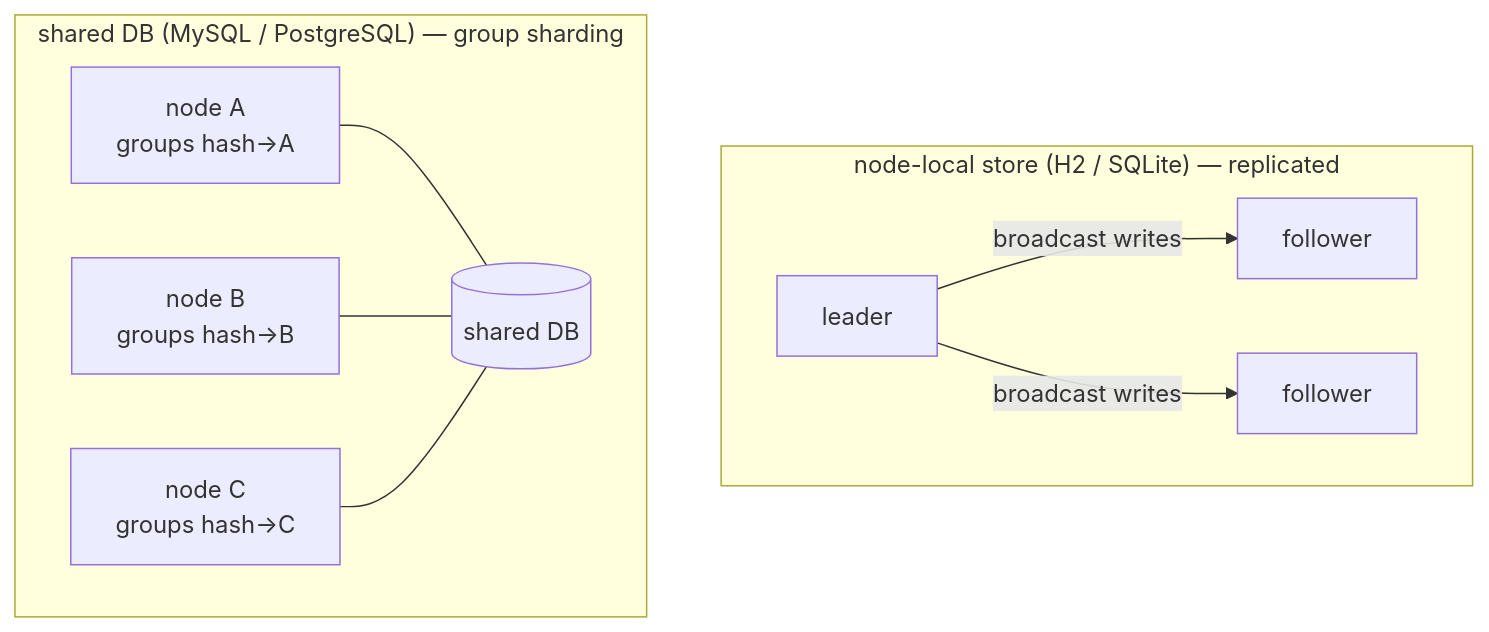
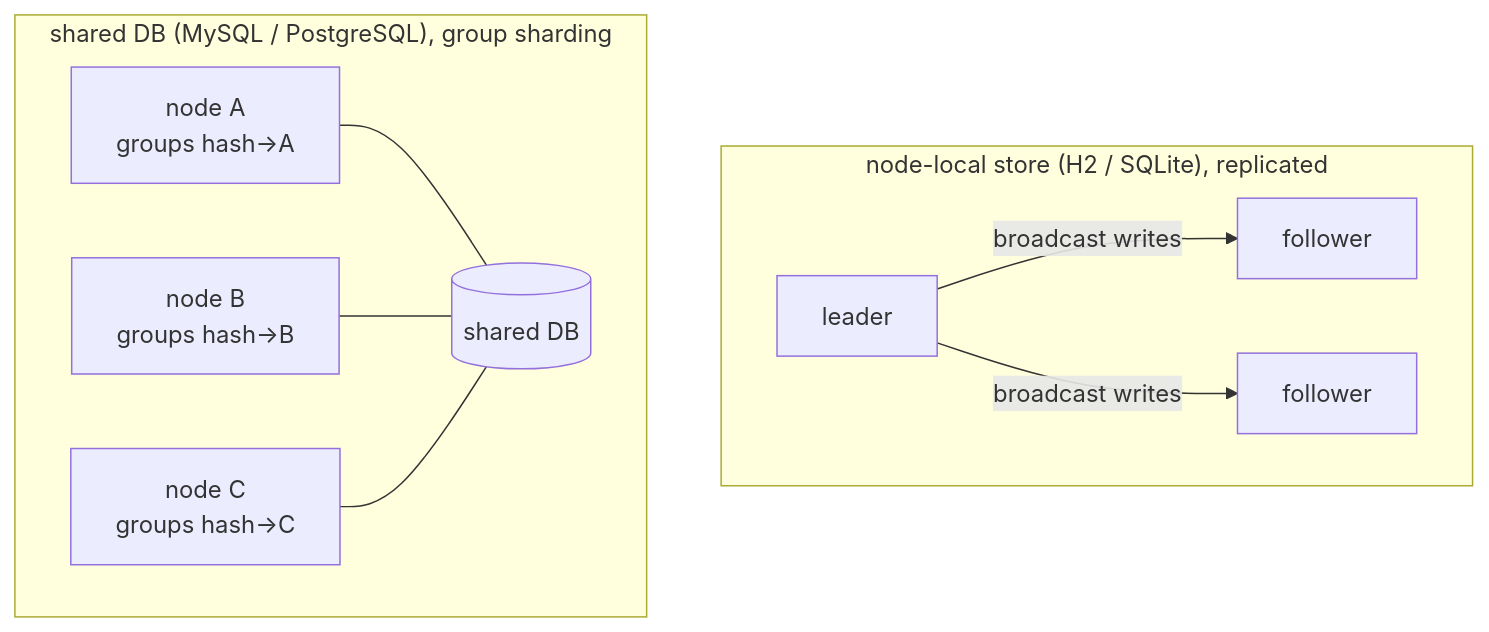
The third of 4 diagrams in docs/architecture.md (paganini2008/cronflower), drawn with Mermaid before and after one commit. The commit also changed other lines of this file and 16 other files, not shown here.

````diff
--- a/docs/architecture.md
+++ b/docs/architecture.md
@@ -82,15 +82,15 @@
 ```mermaid
 flowchart TB
-    subgraph NodeLocal["node-local store (H2 / SQLite) — replicated"]
+    subgraph NodeLocal["node-local store (H2 / SQLite), replicated"]
         direction LR
         L1["leader"] -->|broadcast writes| F1["follower"]
         L1 -->|broadcast writes| F2["follower"]
     end
 
-    subgraph Shared["shared DB (MySQL / PostgreSQL) — group sharding"]
+    subgraph Shared["shared DB (MySQL / PostgreSQL), group sharding"]
         direction LR
         N1["node A<br/>groups hash→A"] --- SDB[("shared DB")]
         N2["node B<br/>groups hash→B"] --- SDB
         N3["node C<br/>groups hash→C"] --- SDB
     end
 ```
````
